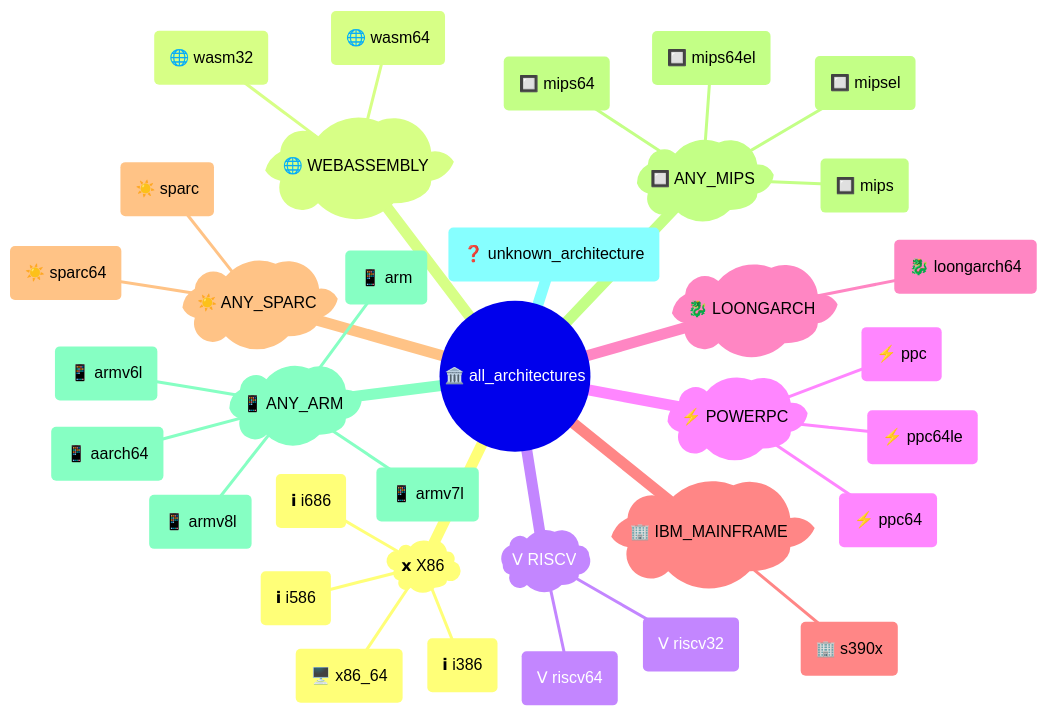
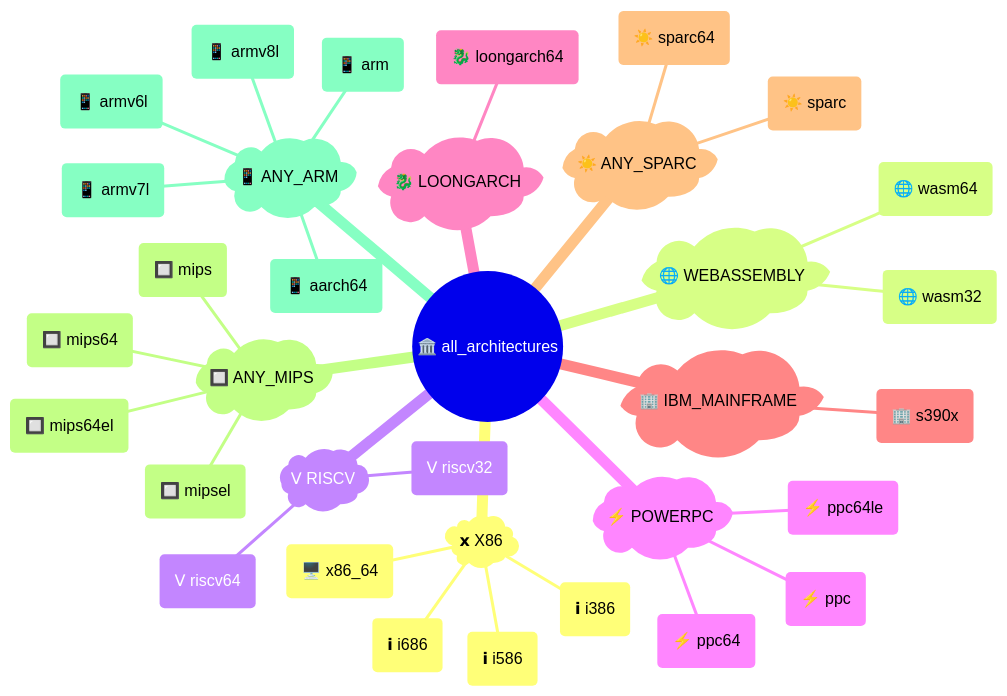
One commit to kdeldycke/extra-platforms changed the first of 3 diagrams in readme.md. Above: the diagram before and after it, drawn with Mermaid. The commit also changed other lines of this file and 20 other files, not shown here.

````diff
--- a/readme.md
+++ b/readme.md
@@ -204,41 +204,40 @@
 ```mermaid
 ---
 config: {"mindmap": {"padding": 5}}
 ---
 mindmap
     ((🏛️ all_architectures))
         )𝘅 X86(
             (𝗶 i386)
             (𝗶 i586)
             (𝗶 i686)
             (🖥️ x86_64)
         )🌐 WEBASSEMBLY(
             (🌐 wasm32)
             (🌐 wasm64)
         )Ⅴ RISCV(
             (Ⅴ riscv32)
             (Ⅴ riscv64)
         )⚡ POWERPC(
             (⚡ ppc)
             (⚡ ppc64)
             (⚡ ppc64le)
         )🐉 LOONGARCH(
             (🐉 loongarch64)
         )🏢 IBM_MAINFRAME(
             (🏢 s390x)
         )☀️ ANY_SPARC(
             (☀️ sparc)
             (☀️ sparc64)
         )🔲 ANY_MIPS(
             (🔲 mips)
             (🔲 mips64)
             (🔲 mips64el)
             (🔲 mipsel)
         )📱 ANY_ARM(
             (📱 aarch64)
             (📱 arm)
             (📱 armv6l)
             (📱 armv7l)
             (📱 armv8l)
-        (❓ unknown_architecture)
 ```
````
